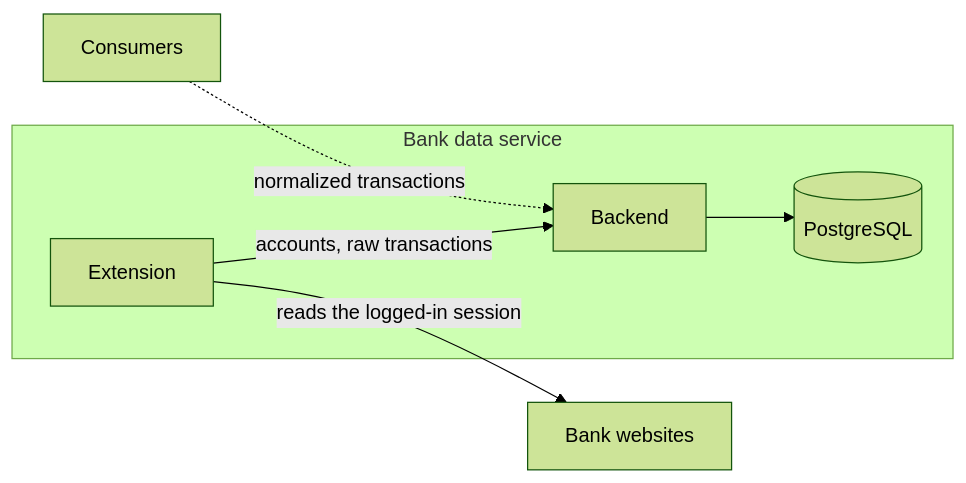
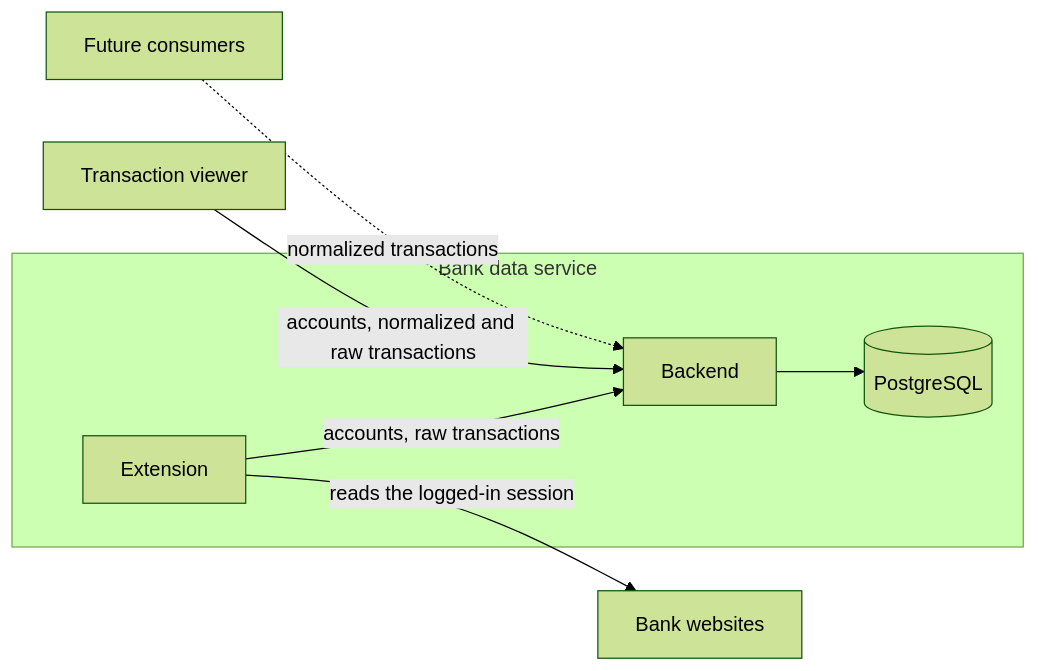
Before and after one commit to lennartmoeller/finance-tracker: the first of 5 diagrams in docs/architecture.md, drawn with Mermaid (forest theme). The commit also changed other lines of this file and 46 other files, not shown here.

Commit message:
feat!: extract transactions and show them in the transaction viewer (#24)

````diff
--- a/docs/architecture.md
+++ b/docs/architecture.md
@@ -7,14 +7,16 @@
 ```mermaid
 flowchart LR
   subgraph bankdata["Bank data service"]
     extension["Extension"]
     backend["Backend"]
     postgres[("PostgreSQL")]
   end
   websites["Bank websites"]
-  consumers["Consumers"]
+  viewer["Transaction viewer"]
+  consumers["Future consumers"]
   extension -- "accounts, raw transactions" --> backend
   extension -- "reads the logged-in session" --> websites
   backend --> postgres
+  viewer -- "accounts, normalized and raw transactions" --> backend
   consumers -.->|"normalized transactions"| backend
 ```
````
